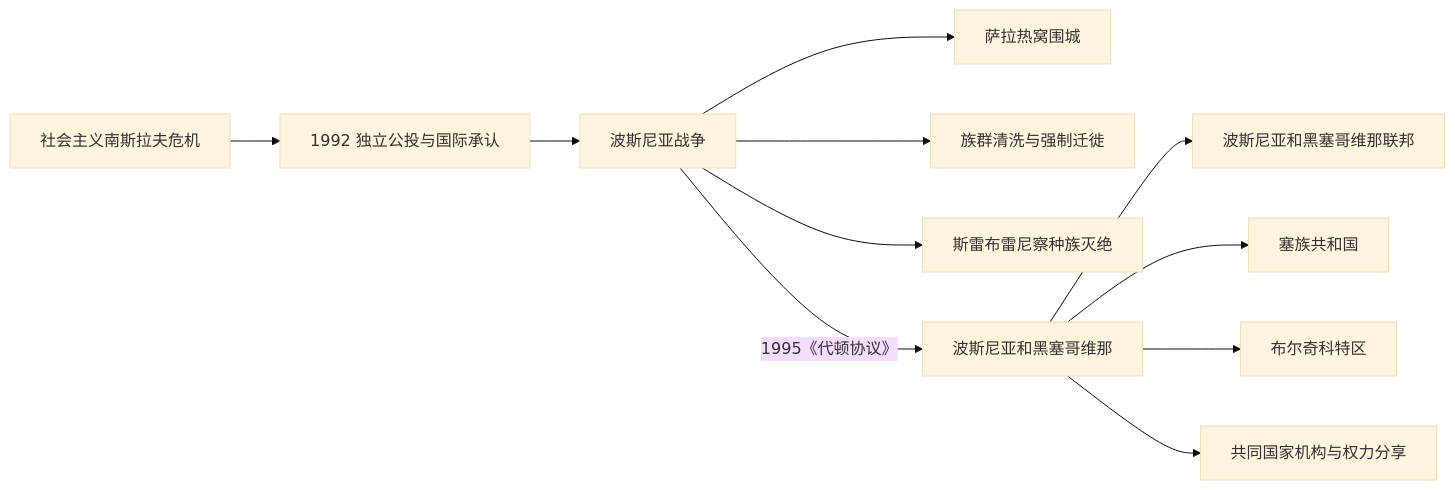
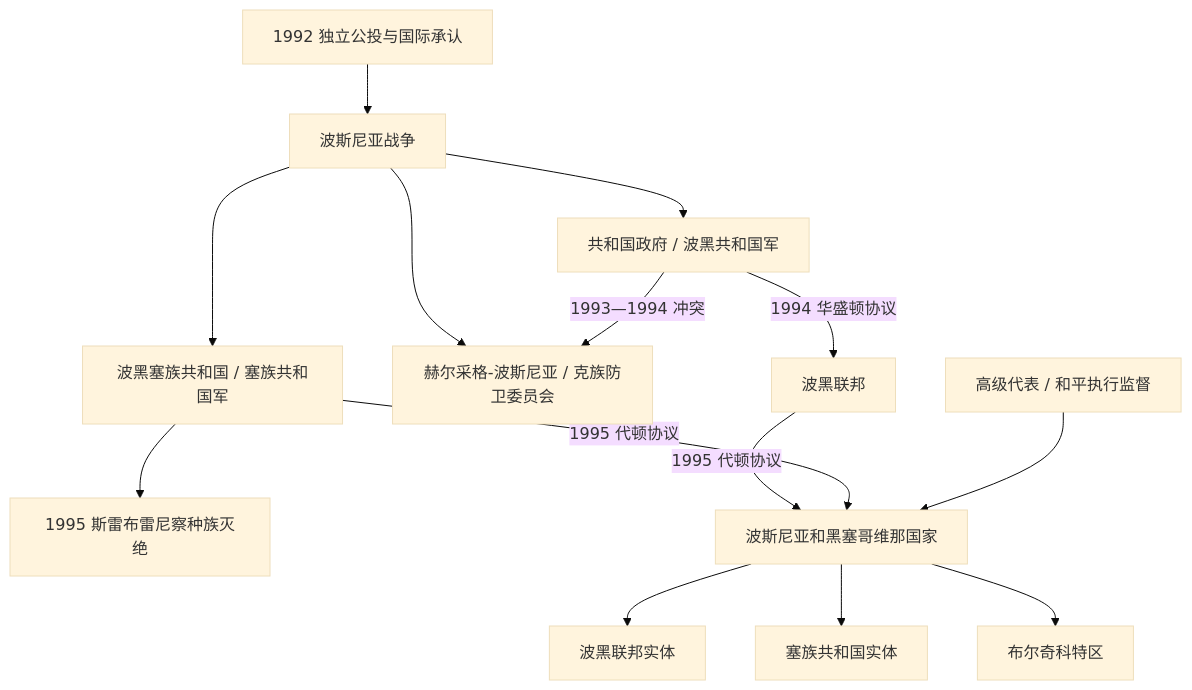
The diagram in 人文科学/历史/欧洲/东南欧与巴尔干/波斯尼亚和黑塞哥维那/独立、战争与代顿体系.md (tianlan-dev/learning-notes), drawn with Mermaid (base theme) before and after one commit. The commit also changed other lines of this file and 1417 other files, not shown here.

````diff
--- a/人文科学/历史/欧洲/东南欧与巴尔干/波斯尼亚和黑塞哥维那/独立、战争与代顿体系.md
+++ b/人文科学/历史/欧洲/东南欧与巴尔干/波斯尼亚和黑塞哥维那/独立、战争与代顿体系.md
@@ -17,13 +15,16 @@
 ```mermaid
-flowchart LR
-  SFRY["社会主义南斯拉夫危机"] --> Referendum["1992 独立公投与国际承认"]
-  Referendum --> War["波斯尼亚战争"]
-  War --> Siege["萨拉热窝围城"]
-  War --> Cleansing["族群清洗与强制迁徙"]
-  War --> Srebrenica["斯雷布雷尼察种族灭绝"]
-  War -->|"1995《代顿协议》"| Dayton["波斯尼亚和黑塞哥维那"]
-  Dayton --> FBiH["波斯尼亚和黑塞哥维那联邦"]
-  Dayton --> RS["塞族共和国"]
-  Dayton --> Brcko["布尔奇科特区"]
-  Dayton --> State["共同国家机构与权力分享"]
+flowchart TD
+  Referendum["1992 独立公投与国际承认"] --> War["波斯尼亚战争"]
+  War --> RBiH["共和国政府 / 波黑共和国军"]
+  War --> RSWar["波黑塞族共和国 / 塞族共和国军"]
+  War --> HB["赫尔采格-波斯尼亚 / 克族防卫委员会"]
+  RBiH -->|1993—1994 冲突| HB
+  RBiH -->|1994 华盛顿协议| Federation["波黑联邦"]
+  RSWar --> Srebrenica["1995 斯雷布雷尼察种族灭绝"]
+  Federation -->|1995 代顿协议| State["波斯尼亚和黑塞哥维那国家"]
+  RSWar -->|1995 代顿协议| State
+  State --> FBiH["波黑联邦实体"]
+  State --> RS["塞族共和国实体"]
+  State --> Brcko["布尔奇科特区"]
+  OHR["高级代表 / 和平执行监督"] --> State
 ```
````
